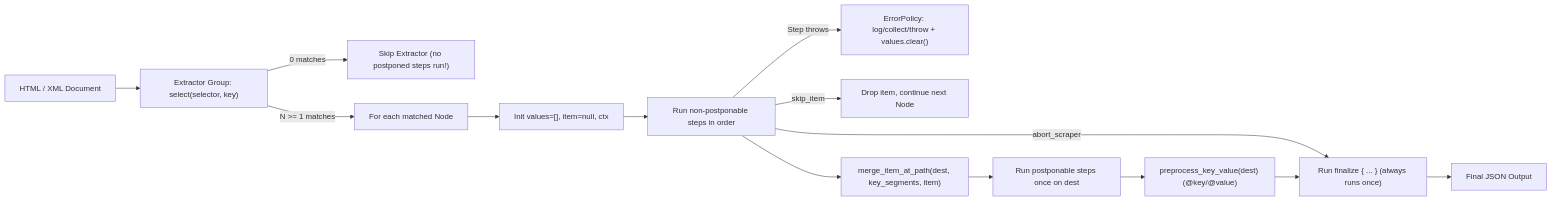
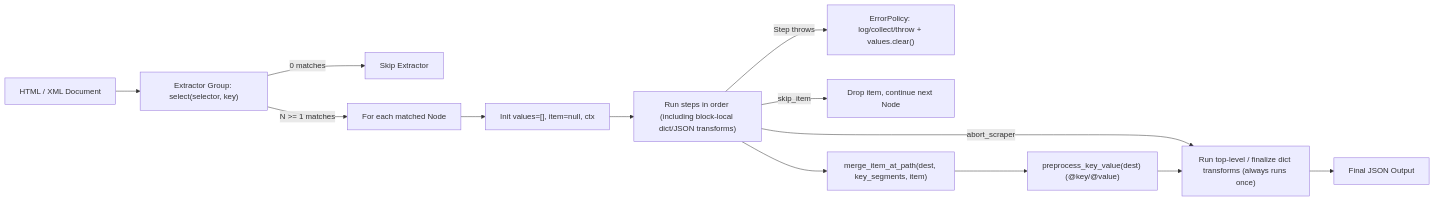
The diagram in docs/dsl-and-steps.md (MateusGPe/xsel2), drawn with Mermaid before and after one commit. The commit also changed other lines of this file and 42 other files, not shown here.

````diff
--- a/docs/dsl-and-steps.md
+++ b/docs/dsl-and-steps.md
@@ -223,16 +217,15 @@
 ```mermaid
 flowchart LR
   Doc["HTML / XML Document"] --> Ext["Extractor Group: select(selector, key)"]
-  Ext -->|"0 matches"| Skip["Skip Extractor (no postponed steps run!)"]
+  Ext -->|"0 matches"| Skip["Skip Extractor"]
   Ext -->|"N >= 1 matches"| Loop["For each matched Node"]
   Loop --> State["Init values=[], item=null, ctx"]
-  State --> Steps["Run non-postponable steps in order"]
+  State --> Steps["Run steps in order (including block-local dict/JSON transforms)"]
   Steps -->|"Step throws"| Err["ErrorPolicy: log/collect/throw + values.clear()"]
   Steps -->|"skip_item"| NextNode["Drop item, continue next Node"]
-  Steps -->|"abort_scraper"| Fin["Run finalize { ... } (always runs once)"]
+  Steps -->|"abort_scraper"| Fin["Run top-level / finalize dict transforms (always runs once)"]
   Steps --> Merge["merge_item_at_path(dest, key_segments, item)"]
-  Merge --> Post["Run postponable steps once on dest"]
-  Post --> KV["preprocess_key_value(dest) (@key/@value)"]
+  Merge --> KV["preprocess_key_value(dest) (@key/@value)"]
   KV --> Fin
   Fin --> Out["Final JSON Output"]
 ```
````
